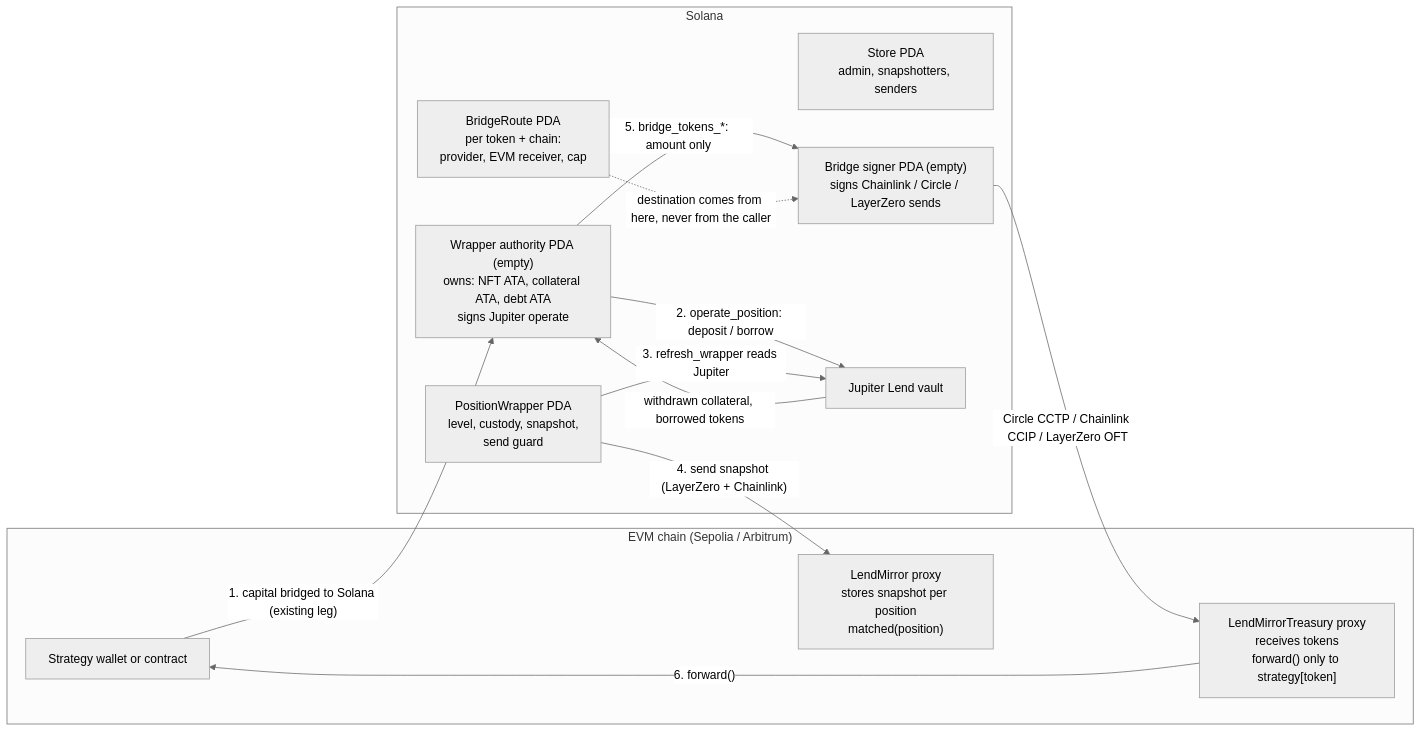
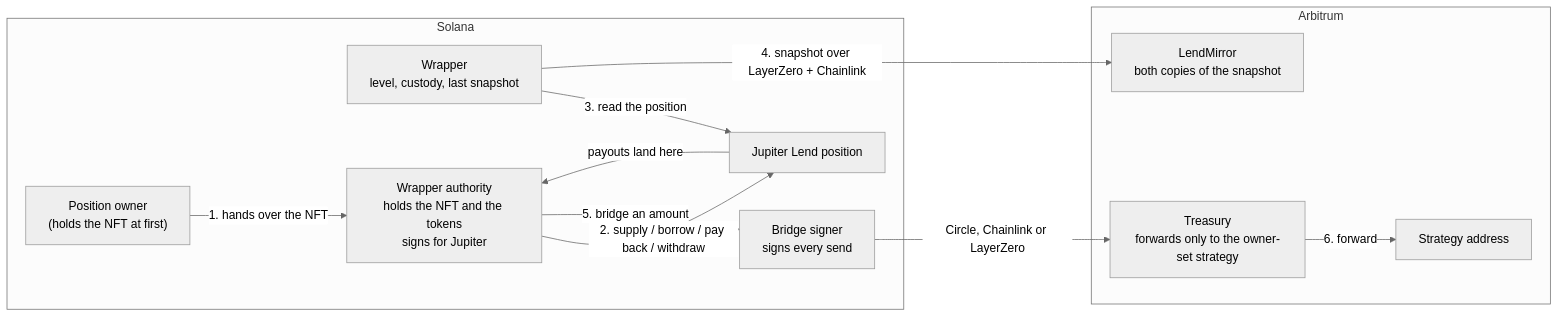
Before and after one commit to avyactjain/lendmirror: the diagram in readme.md, drawn with Mermaid (neutral theme). The commit also changed other lines of this file and 2 other files, not shown here.

````diff
--- a/readme.md
+++ b/readme.md
@@ -18,25 +37,23 @@
 ```mermaid
 flowchart LR
-    subgraph EVM["EVM chain (Sepolia / Arbitrum)"]
-        STRAT[Strategy wallet or contract]
-        LM["LendMirror proxy<br/>stores snapshot per position<br/>matched(position)"]
-        TR["LendMirrorTreasury proxy<br/>receives tokens<br/>forward() only to strategy[token]"]
+    subgraph SOL["Solana"]
+        OWNER["Position owner<br/>(holds the NFT at first)"]
+        W["Wrapper<br/>level, custody, last snapshot"]
+        AUTH["Wrapper authority<br/>holds the NFT and the tokens<br/>signs for Jupiter"]
+        JUP["Jupiter Lend position"]
+        BS["Bridge signer<br/>signs every send"]
     end
-    subgraph SOL["Solana"]
-        STORE["Store PDA<br/>admin, snapshotters, senders"]
-        W["PositionWrapper PDA<br/>level, custody, snapshot,<br/>send guard"]
-        AUTH["Wrapper authority PDA (empty)<br/>owns: NFT ATA, collateral ATA, debt ATA<br/>signs Jupiter operate"]
-        BS["Bridge signer PDA (empty)<br/>signs Chainlink / Circle / LayerZero sends"]
-        ROUTE["BridgeRoute PDA<br/>per token + chain:<br/>provider, EVM receiver, cap"]
-        JUP["Jupiter Lend vault"]
+    subgraph ARB["Arbitrum"]
+        LM["LendMirror<br/>both copies of the snapshot"]
+        TR["Treasury<br/>forwards only to the owner-set strategy"]
+        STRAT["Strategy address"]
     end
-    STRAT -- "1. capital bridged to Solana (existing leg)" --> AUTH
-    AUTH -- "2. operate_position: deposit / borrow" --> JUP
-    JUP -- "withdrawn collateral, borrowed tokens" --> AUTH
-    W -- "3. refresh_wrapper reads Jupiter" --> JUP
-    W -- "4. send snapshot (LayerZero + Chainlink)" --> LM
-    AUTH -- "5. bridge_tokens_*: amount only" --> BS
-    ROUTE -. "destination comes from here, never from the caller" .-> BS
-    BS -- "Circle CCTP / Chainlink CCIP / LayerZero OFT" --> TR
-    TR -- "6. forward()" --> STRAT
+    OWNER -- "1. hands over the NFT" --> AUTH
+    AUTH -- "2. supply / borrow / pay back / withdraw" --> JUP
+    JUP -- "payouts land here" --> AUTH
+    W -- "3. read the position" --> JUP
+    W -- "4. snapshot over LayerZero + Chainlink" --> LM
+    AUTH -- "5. bridge an amount" --> BS
+    BS -- "Circle, Chainlink or LayerZero" --> TR
+    TR -- "6. forward" --> STRAT
 ```
````
